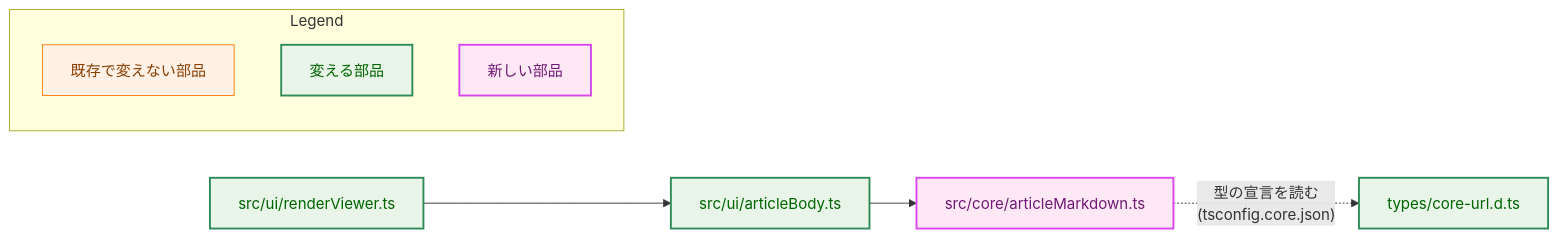
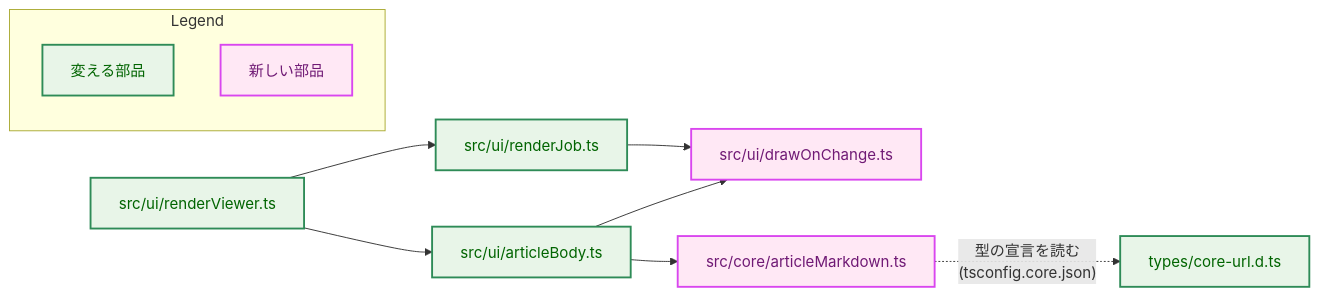
Before and after one commit to isseis/yt2column: the third of 7 diagrams in docs/tasks/0063_viewer_markdown/02_architecture.md, drawn with Mermaid. The commit also changed other lines of this file, not shown here.

First line of the commit message:
docs(0063): address review findings on the viewer Markdown architecture

````diff
--- a/docs/tasks/0063_viewer_markdown/02_architecture.md
+++ b/docs/tasks/0063_viewer_markdown/02_architecture.md
@@ -155,27 +162,29 @@
 ```mermaid
 flowchart LR
-    classDef process fill:#fff1e6,stroke:#ff7f0e,stroke-width:1px,color:#8a3e00;
     classDef enhanced fill:#e8f5e8,stroke:#2e8b57,stroke-width:2px,color:#006400;
     classDef newpkg fill:#ffe8f5,stroke:#d946ef,stroke-width:2px,color:#701a75;
 
     RV["src/ui/renderViewer.ts"]
+    RJ["src/ui/renderJob.ts"]
+    DOC["src/ui/drawOnChange.ts"]
     AB["src/ui/articleBody.ts"]
     AM["src/core/articleMarkdown.ts"]
     TYP["types/core-url.d.ts"]
 
     RV --> AB
+    RV --> RJ
+    RJ --> DOC
+    AB --> DOC
     AB --> AM
     AM -.->|"型の宣言を読む<br>(tsconfig.core.json)"| TYP
 
-    class RV,AB,TYP enhanced
-    class AM newpkg
+    class RV,RJ,AB,TYP enhanced
+    class DOC,AM newpkg
 
     subgraph Legend["Legend"]
-        L2["既存で変えない部品"]
         L3["変える部品"]
         L4["新しい部品"]
     end
-    class L2 process
     class L3 enhanced
     class L4 newpkg
 ```
````
